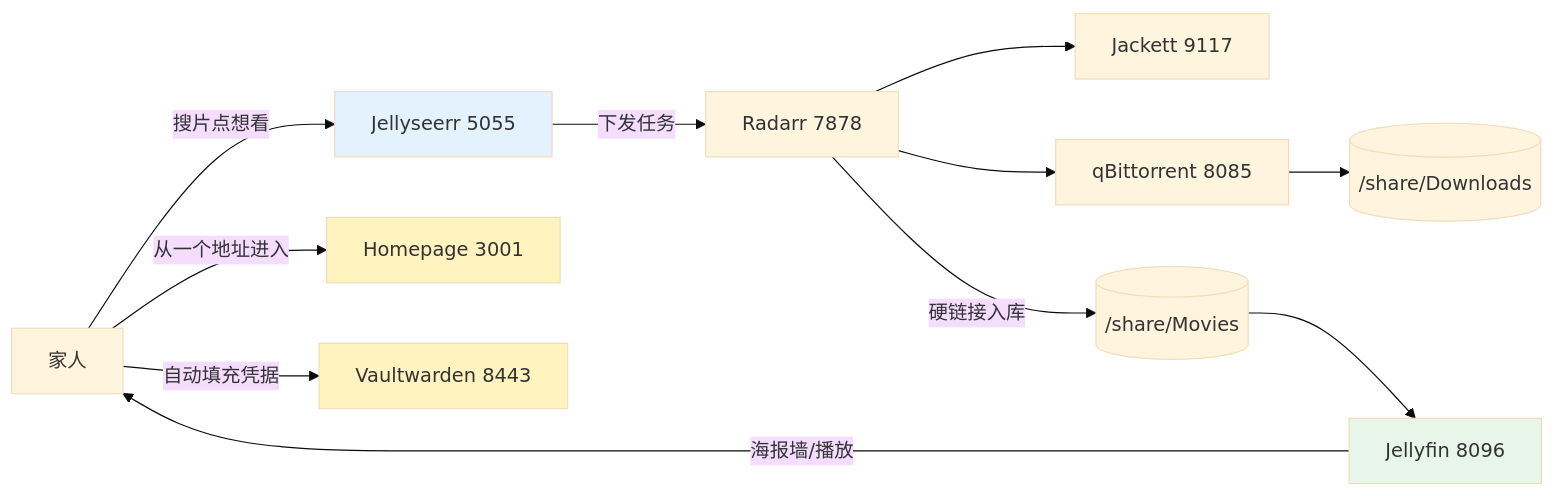
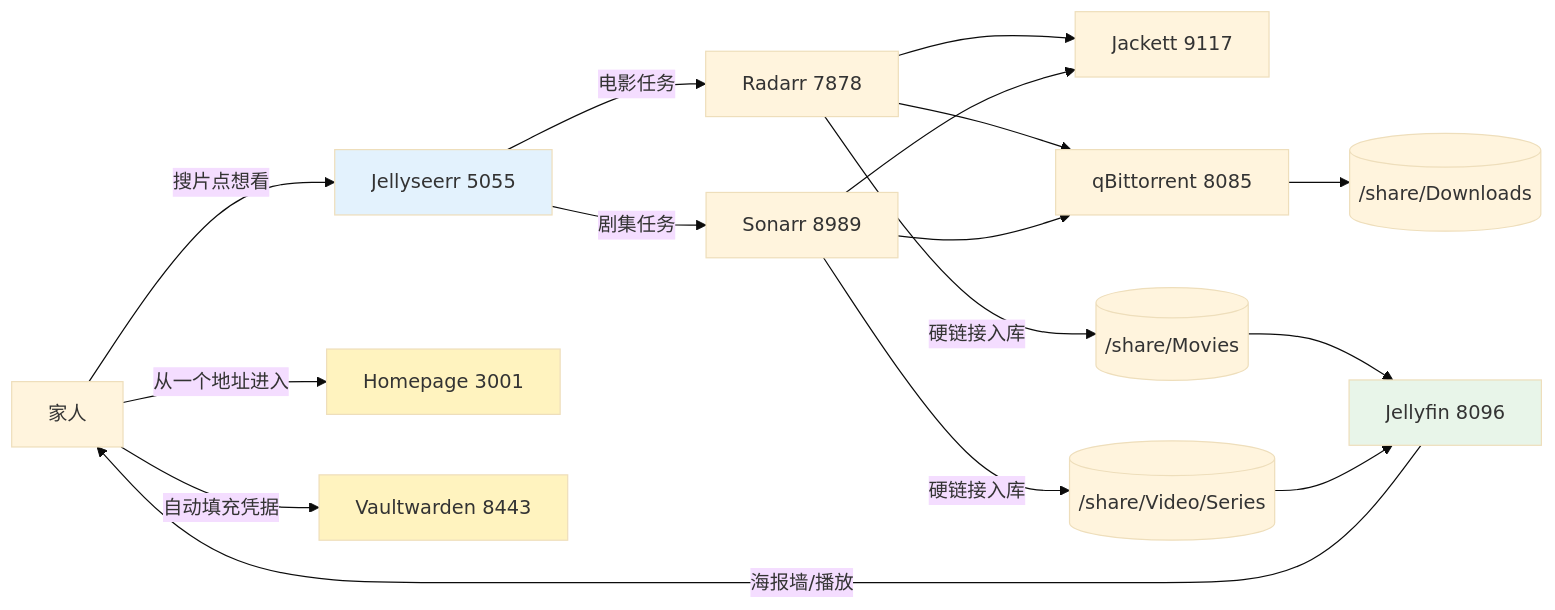
The first of 7 diagrams in _life/2026-07-20-raspberry-pi-homelab-mediacenter-and-entry.md (puppylpg/puppylpg.github.io), drawn with Mermaid (base theme) before and after one commit. The commit also changed other lines of this file, not shown here.

Commit message:
补充 Sonarr 剧集管线、Seerr 升级与联动排障实录

````diff
--- a/_life/2026-07-20-raspberry-pi-homelab-mediacenter-and-entry.md
+++ b/_life/2026-07-20-raspberry-pi-homelab-mediacenter-and-entry.md
@@ -30,17 +30,22 @@
 ```mermaid
 flowchart LR
     Family[家人] -->|搜片点想看| JS[Jellyseerr 5055]
-    JS -->|下发任务| Radarr[Radarr 7878]
+    JS -->|电影任务| Radarr[Radarr 7878]
+    JS -->|剧集任务| Sonarr[Sonarr 8989]
     Radarr --> Jackett[Jackett 9117]
+    Sonarr --> Jackett
     Radarr --> qBT[qBittorrent 8085]
+    Sonarr --> qBT
     qBT --> Downloads[(/share/Downloads)]
     Radarr -->|硬链接入库| Movies[(/share/Movies)]
+    Sonarr -->|硬链接入库| Series[(/share/Video/Series)]
     Movies --> JF[Jellyfin 8096]
+    Series --> JF
     JF -->|海报墙/播放| Family
     Family -->|从一个地址进入| HP[Homepage 3001]
     Family -->|自动填充凭据| VW[Vaultwarden 8443]
     style JS fill:#e3f2fd
     style JF fill:#e8f5e9
     style HP fill:#fff3bf
     style VW fill:#fff3bf
 ```
````
